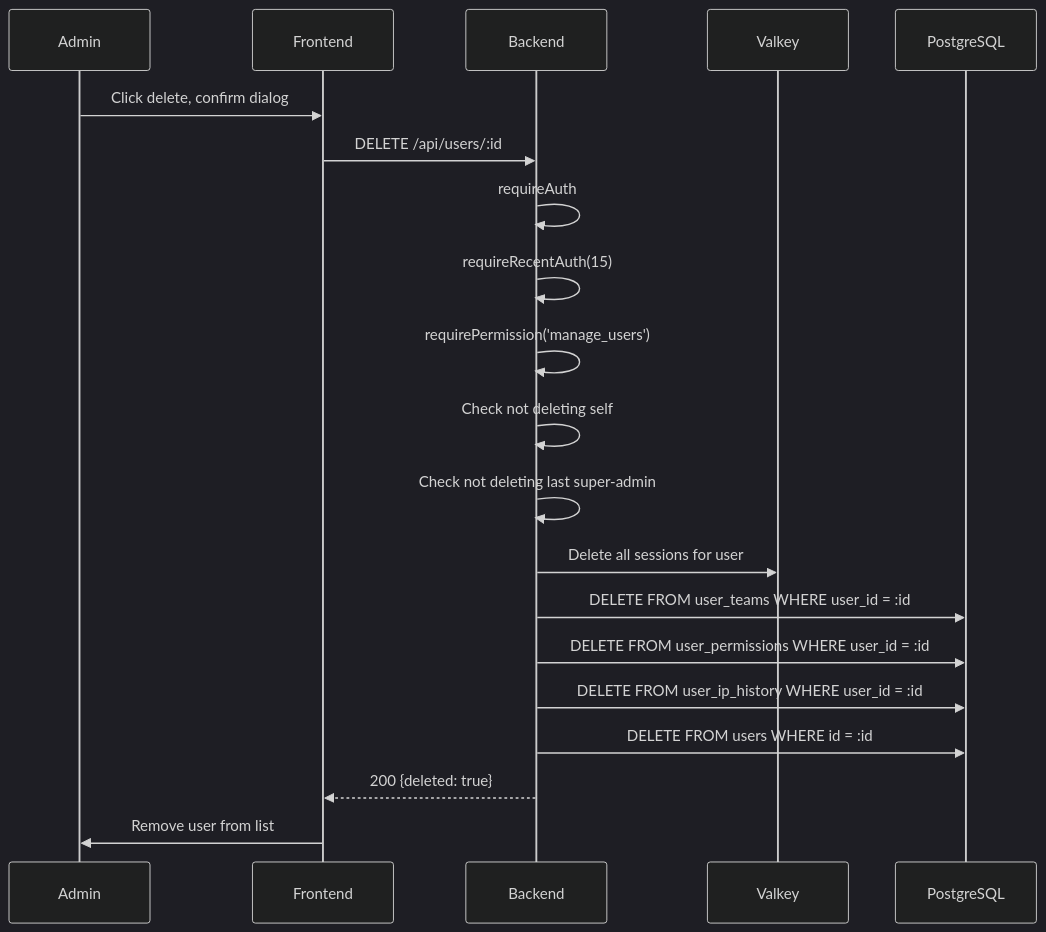
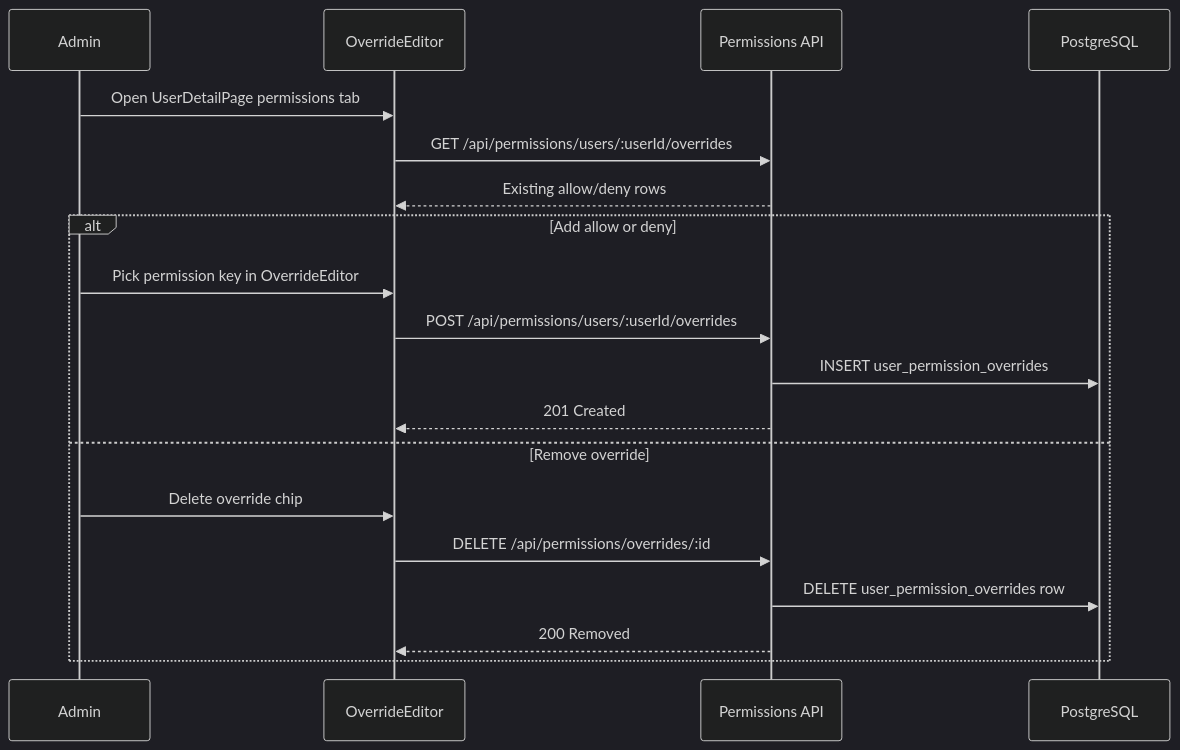
The third of 4 diagrams in docs/detail-design/user-team/user-management-detail.md (b-knowledge-solution/b-knowledge), drawn with Mermaid (dark theme) before and after one commit. The commit also changed other lines of this file and 2 other files, not shown here.

First line of the commit message:
docs(09-04): rewrite user and team permission flows

````diff
--- a/docs/detail-design/user-team/user-management-detail.md
+++ b/docs/detail-design/user-team/user-management-detail.md
@@ -83,27 +64,23 @@
 ```mermaid
 sequenceDiagram
     participant Admin
-    participant Frontend
-    participant Backend
-    participant Valkey
+    participant FE as OverrideEditor
+    participant BE as Permissions API
     participant DB as PostgreSQL
 
-    Admin->>Frontend: Click delete, confirm dialog
-    Frontend->>Backend: DELETE /api/users/:id
+    Admin->>FE: Open UserDetailPage permissions tab
+    FE->>BE: GET /api/permissions/users/:userId/overrides
+    BE-->>FE: Existing allow/deny rows
 
-    Backend->>Backend: requireAuth
-    Backend->>Backend: requireRecentAuth(15)
-    Backend->>Backend: requirePermission('manage_users')
-
-    Backend->>Backend: Check not deleting self
-    Backend->>Backend: Check not deleting last super-admin
-
-    Backend->>Valkey: Delete all sessions for user
-    Backend->>DB: DELETE FROM user_teams WHERE user_id = :id
-    Backend->>DB: DELETE FROM user_permissions WHERE user_id = :id
-    Backend->>DB: DELETE FROM user_ip_history WHERE user_id = :id
-    Backend->>DB: DELETE FROM users WHERE id = :id
-
-    Backend-->>Frontend: 200 {deleted: true}
-    Frontend->>Admin: Remove user from list
+    alt Add allow or deny
+        Admin->>FE: Pick permission key in OverrideEditor
+        FE->>BE: POST /api/permissions/users/:userId/overrides
+        BE->>DB: INSERT user_permission_overrides
+        BE-->>FE: 201 Created
+    else Remove override
+        Admin->>FE: Delete override chip
+        FE->>BE: DELETE /api/permissions/overrides/:id
+        BE->>DB: DELETE user_permission_overrides row
+        BE-->>FE: 200 Removed
+    end
 ```
````
